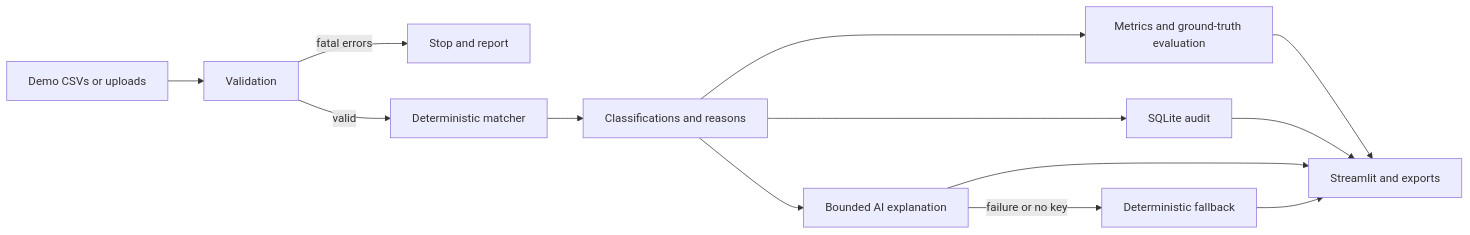
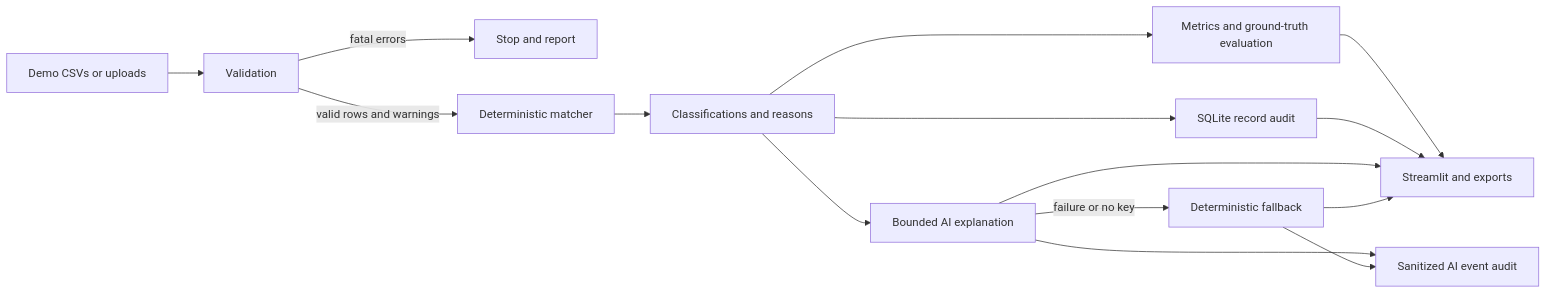
The diagram in docs/architecture.md (Vijay-2005sri/recoincile-ai), drawn with Mermaid before and after one commit. The commit also changed other lines of this file and 9 other files, not shown here.

````diff
--- a/docs/architecture.md
+++ b/docs/architecture.md
@@ -3,15 +3,17 @@
 ```mermaid
 flowchart LR
     A[Demo CSVs or uploads] --> B[Validation]
     B -->|fatal errors| C[Stop and report]
-    B -->|valid| D[Deterministic matcher]
+    B -->|valid rows and warnings| D[Deterministic matcher]
     D --> E[Classifications and reasons]
     E --> F[Metrics and ground-truth evaluation]
-    E --> G[SQLite audit]
+    E --> G[SQLite record audit]
     E --> H[Bounded AI explanation]
     H -->|failure or no key| I[Deterministic fallback]
+    H --> K[Sanitized AI event audit]
+    I --> K
     F --> J[Streamlit and exports]
     G --> J
     H --> J
     I --> J
 ```
````
